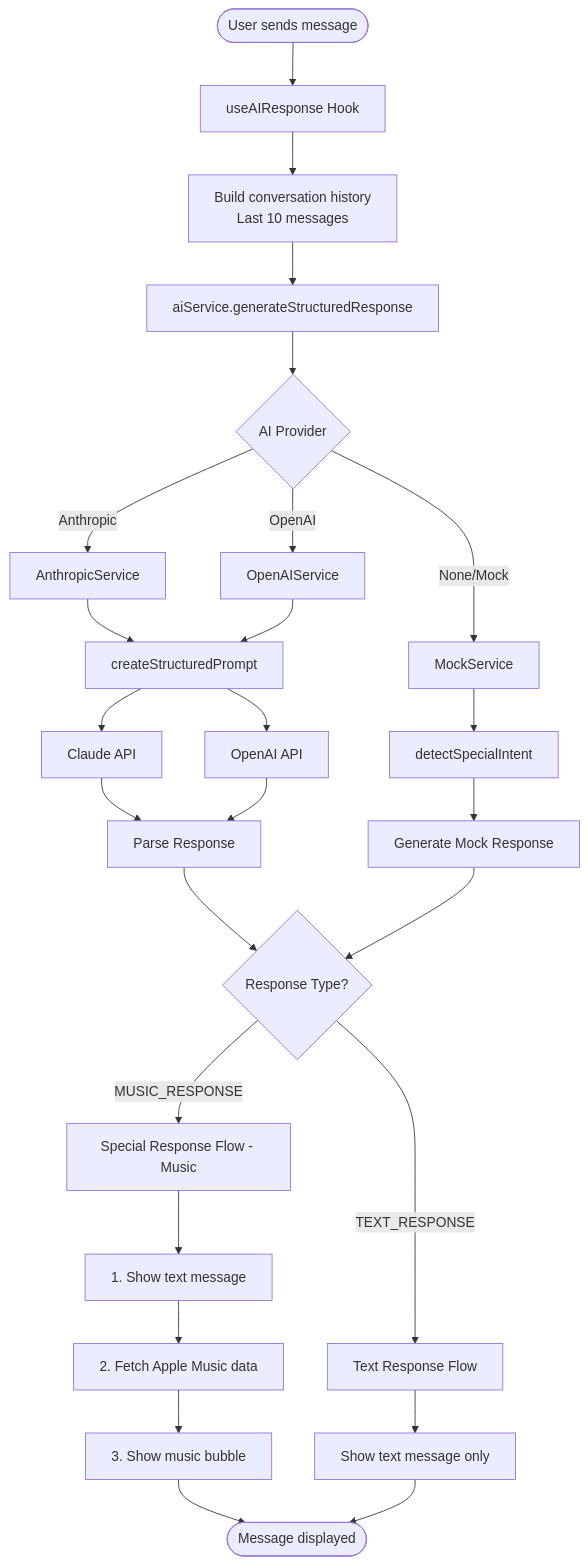
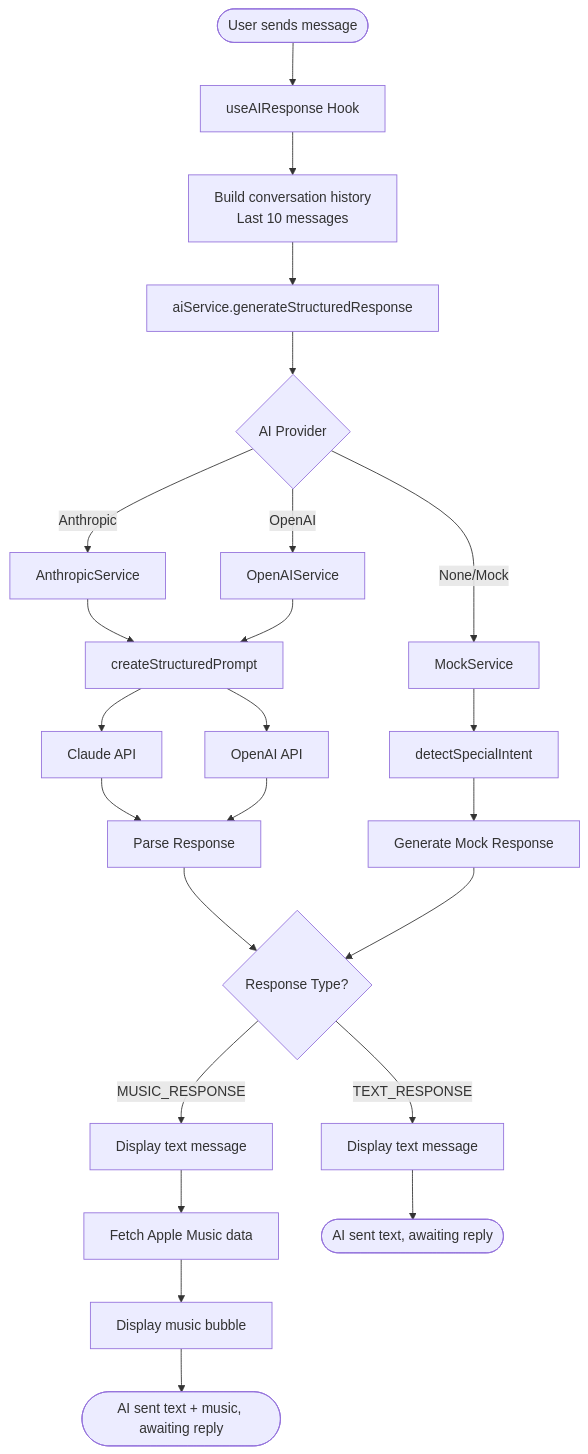
The diagram in docs/AI_FLOW.md (pdugan20/chat-app-prototype), drawn with Mermaid before and after one commit. The commit also changed 6 other files, not shown here.

Commit message:
WIP music bubble input preview

````diff
--- a/docs/AI_FLOW.md
+++ b/docs/AI_FLOW.md
@@ -9,40 +9,37 @@
 ```mermaid
 graph TB
     Start([User sends message]) --> Hook[useAIResponse Hook]
     
     Hook --> History[Build conversation history<br/>Last 10 messages]
     
     History --> API[aiService.generateStructuredResponse]
     
     API --> Provider{AI Provider}
     
     Provider -->|Anthropic| AnthropicService[AnthropicService]
     Provider -->|OpenAI| OpenAIService[OpenAIService]
     Provider -->|None/Mock| MockService[MockService]
     
     AnthropicService --> StructuredPrompt[createStructuredPrompt]
     OpenAIService --> StructuredPrompt
     MockService --> SpecialDetect[detectSpecialIntent]
     
     StructuredPrompt --> Claude[Claude API]
     StructuredPrompt --> GPT[OpenAI API]
     
     Claude --> ParseResponse[Parse Response]
     GPT --> ParseResponse
     SpecialDetect --> MockResponse[Generate Mock Response]
     
     ParseResponse --> ResponseType{Response Type?}
     MockResponse --> ResponseType
     
-    ResponseType -->|MUSIC_RESPONSE| SpecialFlow[Special Response Flow - Music]
-    ResponseType -->|TEXT_RESPONSE| TextFlow[Text Response Flow]
+    ResponseType -->|MUSIC_RESPONSE| ShowText[Display text message]
+    ResponseType -->|TEXT_RESPONSE| ShowTextOnly[Display text message]
     
-    SpecialFlow --> ShowText[1. Show text message]
-    ShowText --> FetchMusic[2. Fetch Apple Music data]
-    FetchMusic --> ShowMusic[3. Show music bubble]
+    ShowText --> FetchMusic[Fetch Apple Music data]
+    FetchMusic --> ShowMusic[Display music bubble]
     
-    TextFlow --> ShowTextOnly[Show text message only]
-    
-    ShowMusic --> End([Message displayed])
-    ShowTextOnly --> End
+    ShowMusic --> MusicEnd([AI sent text + music, awaiting reply])
+    ShowTextOnly --> TextEnd([AI sent text, awaiting reply])
 ```
````
